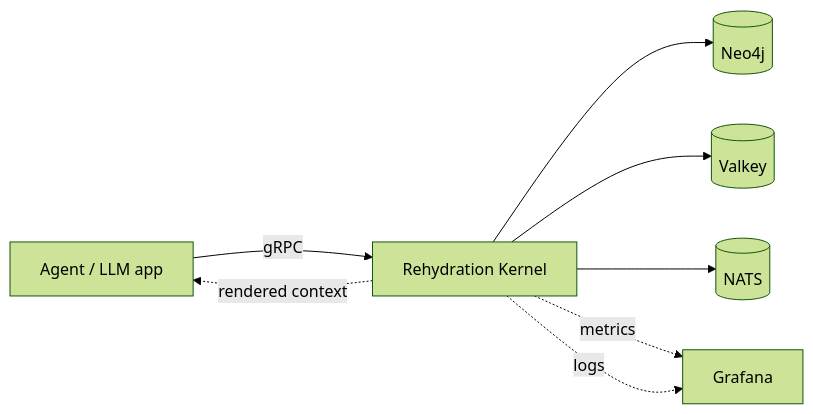
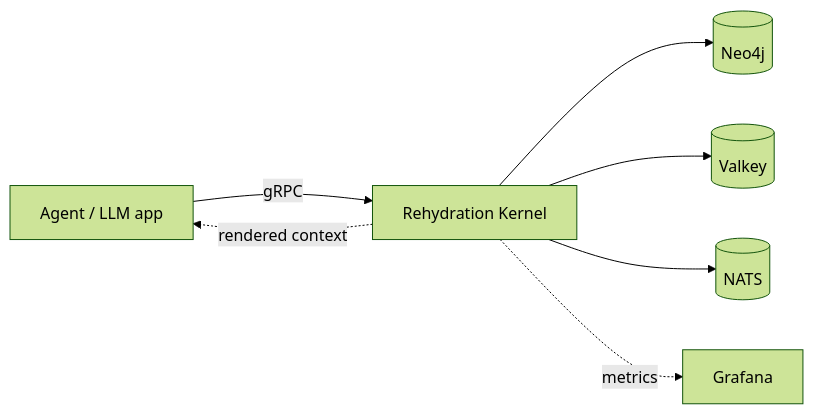
The diagram in README.md (underpass-ai/rehydration-kernel), drawn with Mermaid (forest theme) before and after one commit. The commit also changed other lines of this file, not shown here.

````diff
--- a/README.md
+++ b/README.md
@@ -47,12 +67,11 @@
 ```mermaid
 graph LR
     A[Agent / LLM app] -- gRPC --> K[Rehydration Kernel]
     K -. rendered context .-> A
 
     K --> N4[(Neo4j)]
     K --> VK[(Valkey)]
     K --> NT[(NATS)]
 
     K -. metrics .-> G[Grafana]
-    K -. logs .-> G
 ```
````
